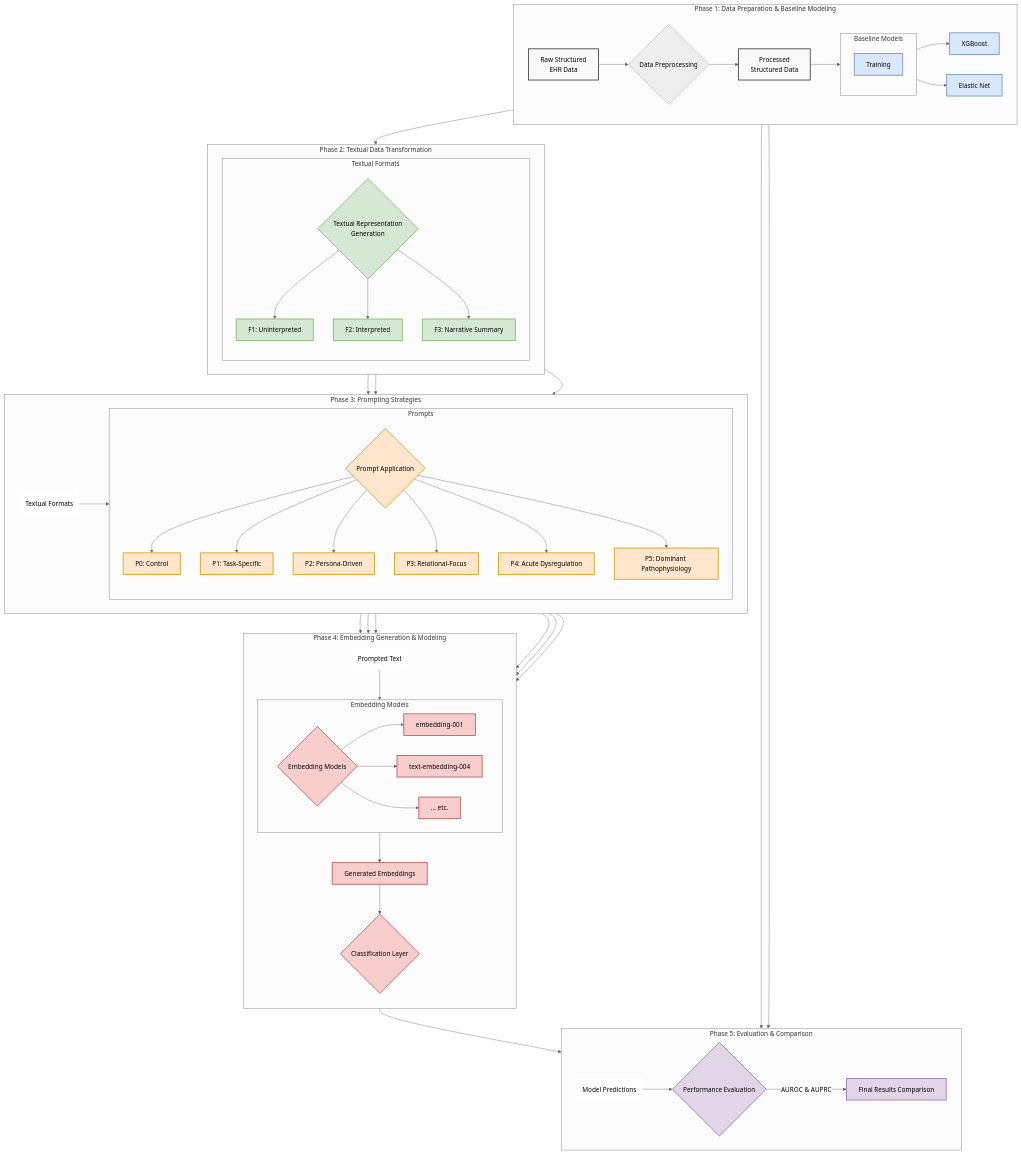
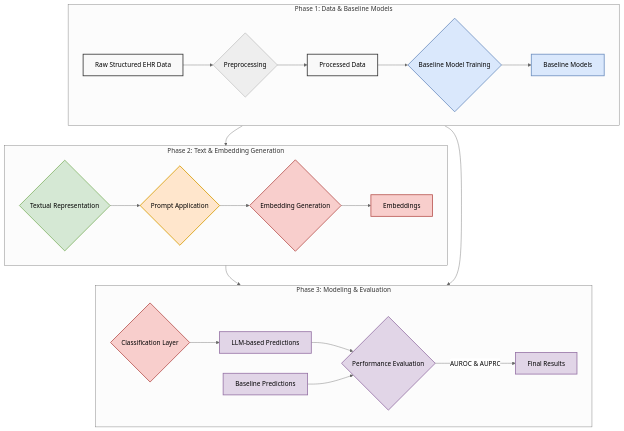
One commit to Tensor-Lab-for-Computational-Medicine/EHR-Embeddings changed the diagram in manuscript_figures/workflow_diagram.md. Above: the diagram before and after it, drawn with Mermaid (neutral theme).

````diff
--- a/manuscript_figures/workflow_diagram.md
+++ b/manuscript_figures/workflow_diagram.md
@@ -7,103 +7,42 @@
 ```mermaid
 graph TD
-    subgraph "Phase 1: Data Preparation & Baseline Modeling"
+    subgraph "Phase 1: Data & Baseline Models"
         direction LR
-        A[Raw Structured<br>EHR Data] --> B{Data Preprocessing};
-        B --> C[Processed<br>Structured Data];
-        subgraph "Baseline Models"
-            direction TB
-            D[Training]
-        end
-        C --> D;
-        D --> E[XGBoost];
-        D --> F[Elastic Net];
+        A[Raw Structured EHR Data] --> B{Preprocessing};
+        B --> C[Processed Data];
+        C --> D{Baseline Model Training};
+        D --> E[Baseline Models];
     end
 
-    subgraph "Phase 2: Textual Data Transformation"
+    subgraph "Phase 2: Text & Embedding Generation"
         direction LR
-        C --> G{Textual Representation<br>Generation};
-        subgraph "Textual Formats"
-            direction TB
-            G --> H[F1: Uninterpreted];
-            G --> I[F2: Interpreted];
-            G --> J[F3: Narrative Summary];
-        end
+        C --> G{Textual Representation};
+        G --> K{Prompt Application};
+        K --> S{Embedding Generation};
+        S --> W[Embeddings];
     end
 
-    subgraph "Phase 3: Prompting Strategies"
+    subgraph "Phase 3: Modeling & Evaluation"
         direction LR
-        K_input(Textual Formats) --> K{Prompt Application};
-        subgraph "Prompts"
-            direction TB
-            K --> L[P0: Control];
-            K --> M[P1: Task-Specific];
-            K --> N[P2: Persona-Driven];
-            K --> O[P3: Relational-Focus];
-            K --> P[P4: Acute Dysregulation];
-            K --> Q[P5: Dominant Pathophysiology];
-        end
+        W --> X{Classification Layer};
+        X --> Y[LLM-based Predictions]
+        E --> Z[Baseline Predictions]
+        Y & Z --> AA{Performance Evaluation};
+        AA -- "AUROC & AUPRC" --> BB[Final Results];
     end
 
-    subgraph "Phase 4: Embedding Generation & Modeling"
-        direction TB
-        R_input(Prompted Text) --> S{Embedding Models};
-        subgraph "Embedding Models"
-            direction LR
-            S --> T[embedding-001];
-            S --> U[text-embedding-004];
-            S --> V[... etc.];
-        end
-        W[Generated Embeddings] --> X{Classification Layer};
-        S --> W;
-    end
-
-    subgraph "Phase 5: Evaluation & Comparison"
-        direction LR
-        Y_input(Model Predictions) --> Z{Performance Evaluation};
-        Z -- "AUROC & AUPRC" --> AA[Final Results Comparison];
-    end
-
-    H --> K_input;
-    I --> K_input;
-    J --> K_input;
-
-    L --> R_input;
-    M --> R_input;
-    N --> R_input;
-    O --> R_input;
-    P --> R_input;
-    Q --> R_input;
-
-    E --> Y_input;
-    F --> Y_input;
-    X --> Y_input;
-
-
+    %% Styling
     style A fill:#f9f9f9,stroke:#333,stroke-width:2px
     style C fill:#f9f9f9,stroke:#333,stroke-width:2px
     style D fill:#dae8fc,stroke:#6c8ebf,stroke-width:2px
     style E fill:#dae8fc,stroke:#6c8ebf,stroke-width:2px
-    style F fill:#dae8fc,stroke:#6c8ebf,stroke-width:2px
     style G fill:#d5e8d4,stroke:#82b366,stroke-width:2px
-    style H fill:#d5e8d4,stroke:#82b366,stroke-width:2px
-    style I fill:#d5e8d4,stroke:#82b366,stroke-width:2px
-    style J fill:#d5e8d4,stroke:#82b366,stroke-width:2px
     style K fill:#ffe6cc,stroke:#d79b00,stroke-width:2px
-    style L fill:#ffe6cc,stroke:#d79b00,stroke-width:2px
-    style M fill:#ffe6cc,stroke:#d79b00,stroke-width:2px
-    style N fill:#ffe6cc,stroke:#d79b00,stroke-width:2px
-    style O fill:#ffe6cc,stroke:#d79b00,stroke-width:2px
-    style P fill:#ffe6cc,stroke:#d79b00,stroke-width:2px
-    style Q fill:#ffe6cc,stroke:#d79b00,stroke-width:2px
     style S fill:#f8cecc,stroke:#b85450,stroke-width:2px
-    style T fill:#f8cecc,stroke:#b85450,stroke-width:2px
-    style U fill:#f8cecc,stroke:#b85450,stroke-width:2px
-    style V fill:#f8cecc,stroke:#b85450,stroke-width:2px
     style W fill:#f8cecc,stroke:#b85450,stroke-width:2px
     style X fill:#f8cecc,stroke:#b85450,stroke-width:2px
+    style Y fill:#e1d5e7,stroke:#9673a6,stroke-width:2px
     style Z fill:#e1d5e7,stroke:#9673a6,stroke-width:2px
     style AA fill:#e1d5e7,stroke:#9673a6,stroke-width:2px
-    style K_input fill:#fff,stroke:#fff
-    style R_input fill:#fff,stroke:#fff
-    style Y_input fill:#fff,stroke:#fff
+    style BB fill:#e1d5e7,stroke:#9673a6,stroke-width:2px
 ``` 
````
